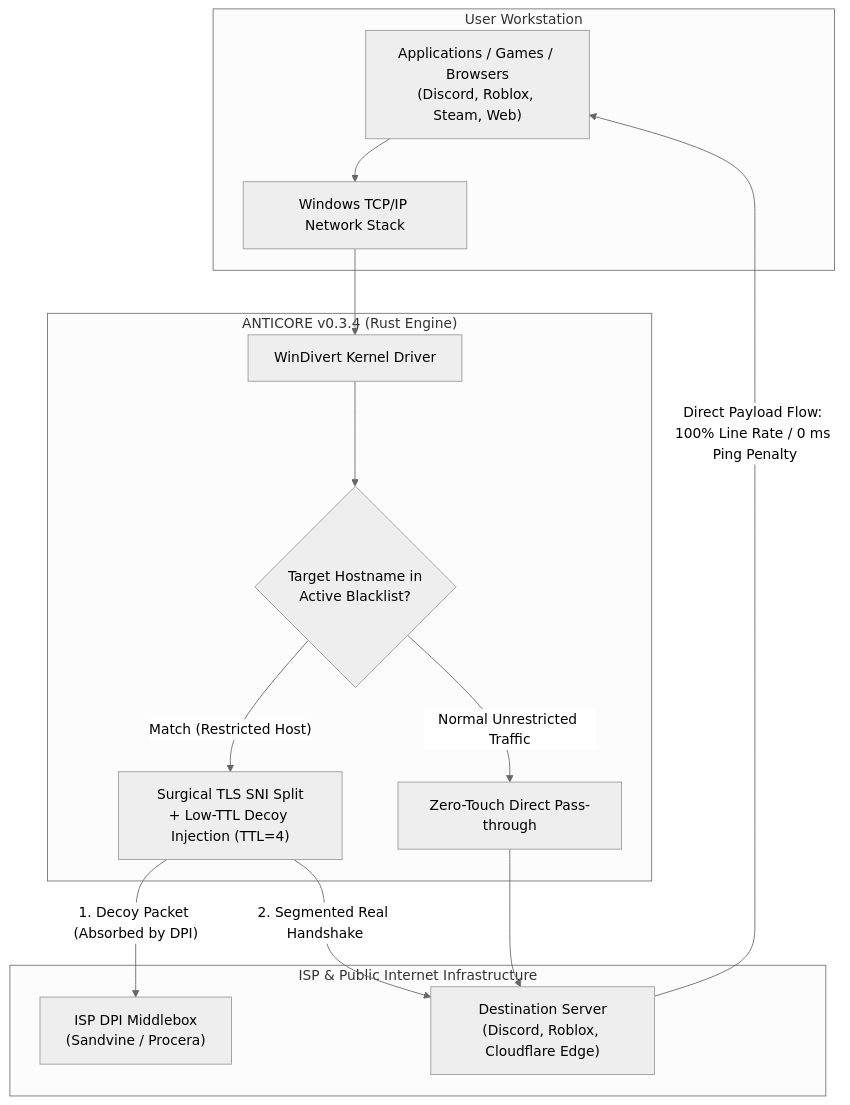
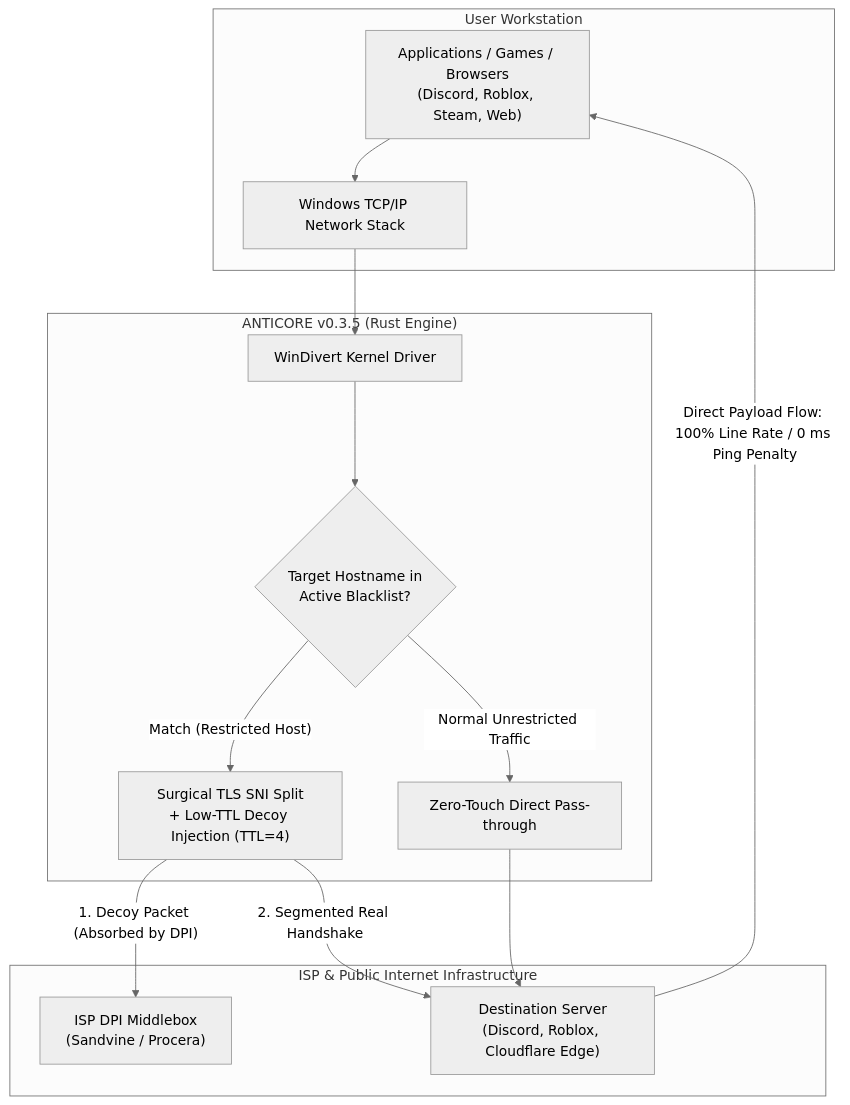
One commit to MonarchDevLab/Anticore changed the diagram in README.en.md. Above: the diagram before and after it, drawn with Mermaid (neutral theme). The commit also changed other lines of this file and 11 other files, not shown here.

````diff
--- a/README.en.md
+++ b/README.en.md
@@ -512,29 +512,29 @@
 ```mermaid
 flowchart TD
     subgraph Client["User Workstation"]
         App["Applications / Games / Browsers\n(Discord, Roblox, Steam, Web)"]
         TCPIP["Windows TCP/IP Network Stack"]
     end
 
-    subgraph AnticoreEngine["ANTICORE v0.3.4 (Rust Engine)"]
+    subgraph AnticoreEngine["ANTICORE v0.3.5 (Rust Engine)"]
         WD["WinDivert Kernel Driver"]
         Check{"Target Hostname in\nActive Blacklist?"}
         Manip["Surgical TLS SNI Split\n+ Low-TTL Decoy Injection (TTL=4)"]
         Bypass["Zero-Touch Direct Pass-through"]
     end
 
     subgraph Net["ISP & Public Internet Infrastructure"]
         ISP["ISP DPI Middlebox\n(Sandvine / Procera)"]
         Target["Destination Server\n(Discord, Roblox, Cloudflare Edge)"]
     end
 
     App --> TCPIP
     TCPIP --> WD
     WD --> Check
     Check -- "Match (Restricted Host)" --> Manip
     Check -- "Normal Unrestricted Traffic" --> Bypass
     Manip -- "1. Decoy Packet (Absorbed by DPI)" --> ISP
     Manip -- "2. Segmented Real Handshake" --> Target
     Bypass --> Target
     Target -->|"Direct Payload Flow: 100% Line Rate / 0 ms Ping Penalty"| App
 ```
````
